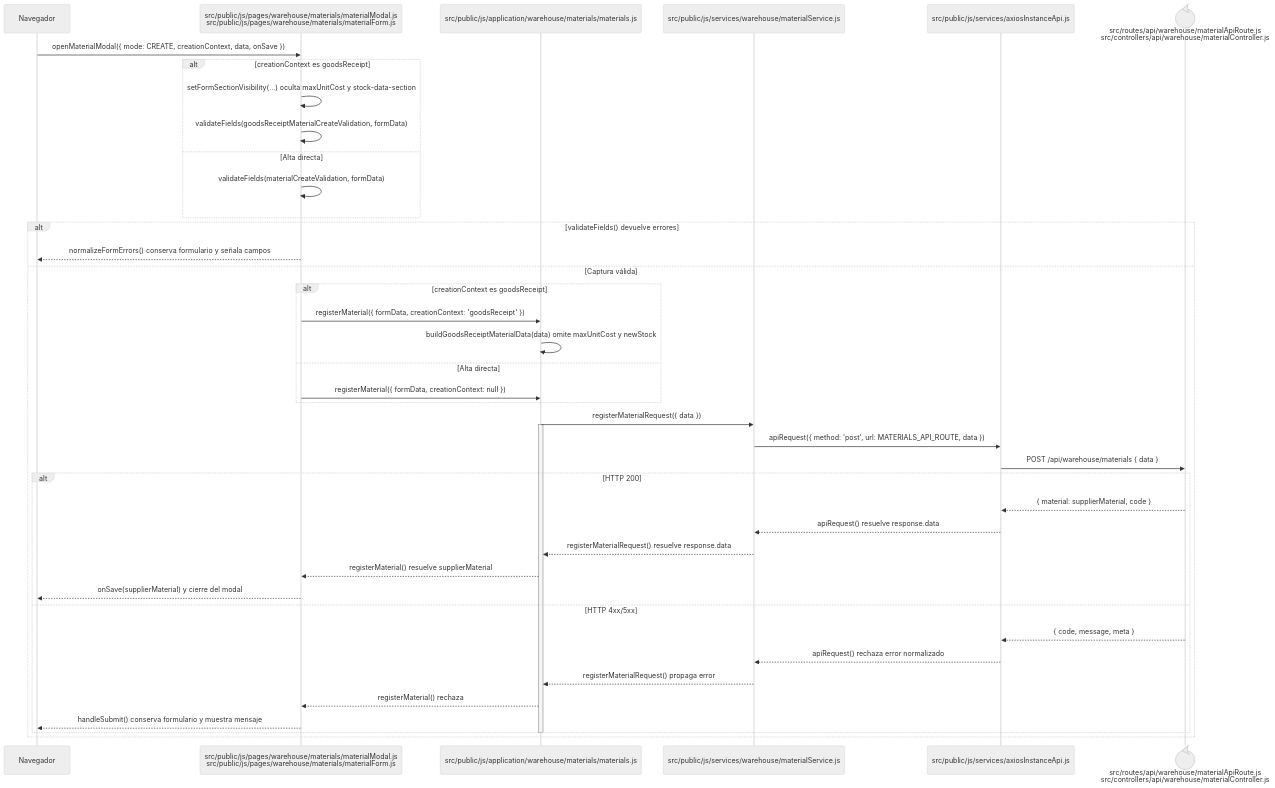
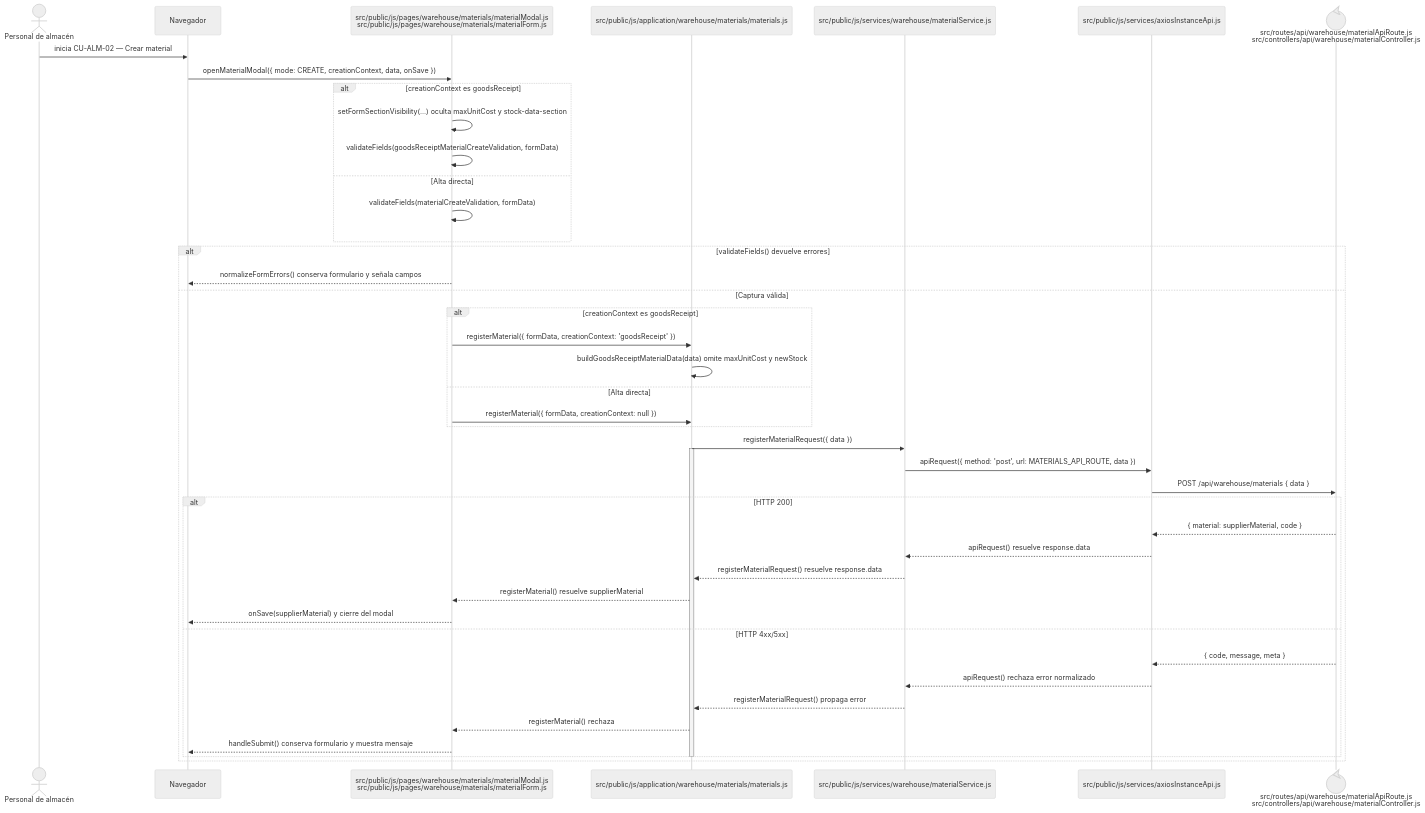
One commit to gpgsistemas01/nexus changed the diagram in docs/architecture/frontend-code-sequences/catalogs/cu-alm-02.md. Above: the diagram before and after it, drawn with Mermaid (neutral theme). The commit also changed 105 other files, not shown here.

````diff
--- a/docs/architecture/frontend-code-sequences/catalogs/cu-alm-02.md
+++ b/docs/architecture/frontend-code-sequences/catalogs/cu-alm-02.md
@@ -6,45 +6,47 @@
 ```mermaid
 sequenceDiagram
+    actor Initiator as Personal de almacén
     participant Browser as Navegador
     participant View as src/public/js/pages/warehouse/materials/materialModal.js<br/>src/public/js/pages/warehouse/materials/materialForm.js
     participant Application as src/public/js/application/warehouse/materials/materials.js
     participant Request as src/public/js/services/warehouse/materialService.js
     participant HTTP as src/public/js/services/axiosInstanceApi.js
     participant Transport@{ "type": "control" } as src/routes/api/warehouse/materialApiRoute.js<br/>src/controllers/api/warehouse/materialController.js
 
+    Initiator->>Browser: inicia CU-ALM-02 — Crear material
     Browser->>View: openMaterialModal({ mode: CREATE, creationContext, data, onSave })
     alt creationContext es goodsReceipt
         View->>View: setFormSectionVisibility(...) oculta maxUnitCost y stock-data-section
         View->>View: validateFields(goodsReceiptMaterialCreateValidation, formData)
     else Alta directa
         View->>View: validateFields(materialCreateValidation, formData)
     end
     alt validateFields() devuelve errores
         View-->>Browser: normalizeFormErrors() conserva formulario y señala campos
     else Captura válida
         alt creationContext es goodsReceipt
             View->>Application: registerMaterial({ formData, creationContext: 'goodsReceipt' })
             Application->>Application: buildGoodsReceiptMaterialData(data) omite maxUnitCost y newStock
         else Alta directa
             View->>Application: registerMaterial({ formData, creationContext: null })
         end
         Application->>Request: registerMaterialRequest({ data })
         activate Application
         Request->>HTTP: apiRequest({ method: 'post', url: MATERIALS_API_ROUTE, data })
         HTTP->>Transport: POST /api/warehouse/materials { data }
         alt HTTP 200
             Transport-->>HTTP: { material: supplierMaterial, code }
             HTTP-->>Request: apiRequest() resuelve response.data
             Request-->>Application: registerMaterialRequest() resuelve response.data
             Application-->>View: registerMaterial() resuelve supplierMaterial
             View-->>Browser: onSave(supplierMaterial) y cierre del modal
         else HTTP 4xx/5xx
             Transport-->>HTTP: { code, message, meta }
             HTTP-->>Request: apiRequest() rechaza error normalizado
             Request-->>Application: registerMaterialRequest() propaga error
             Application-->>View: registerMaterial() rechaza
             View-->>Browser: handleSubmit() conserva formulario y muestra mensaje
         end
         deactivate Application
     end
 ```
````
